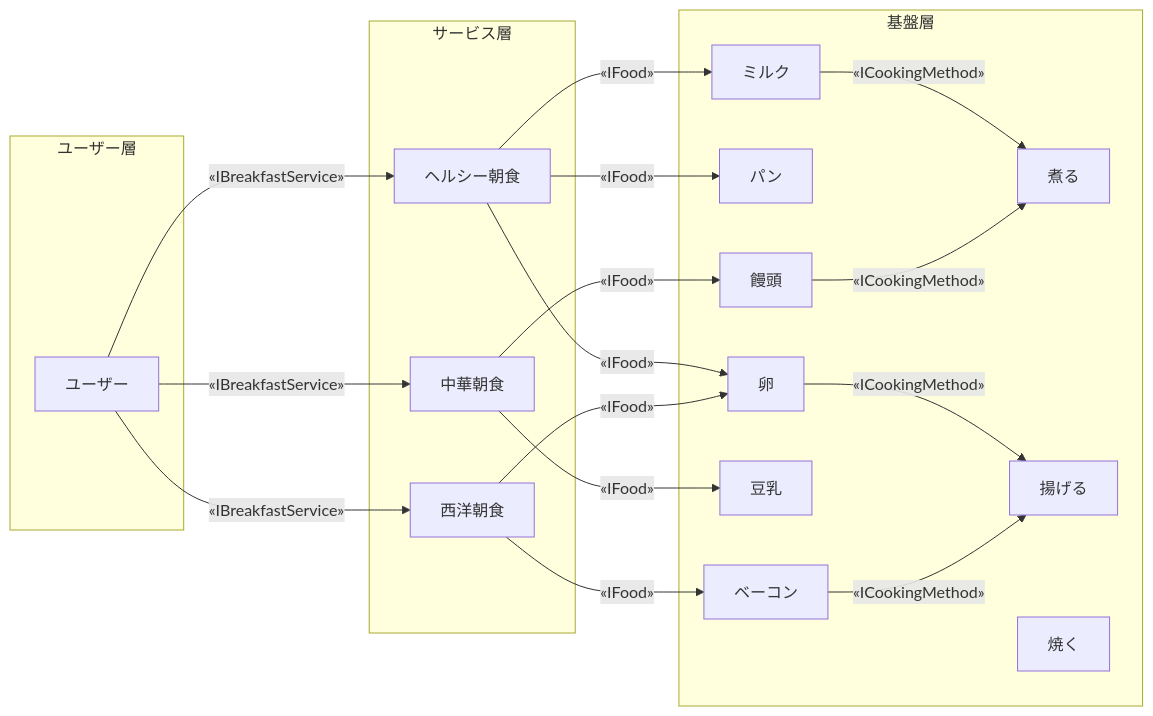
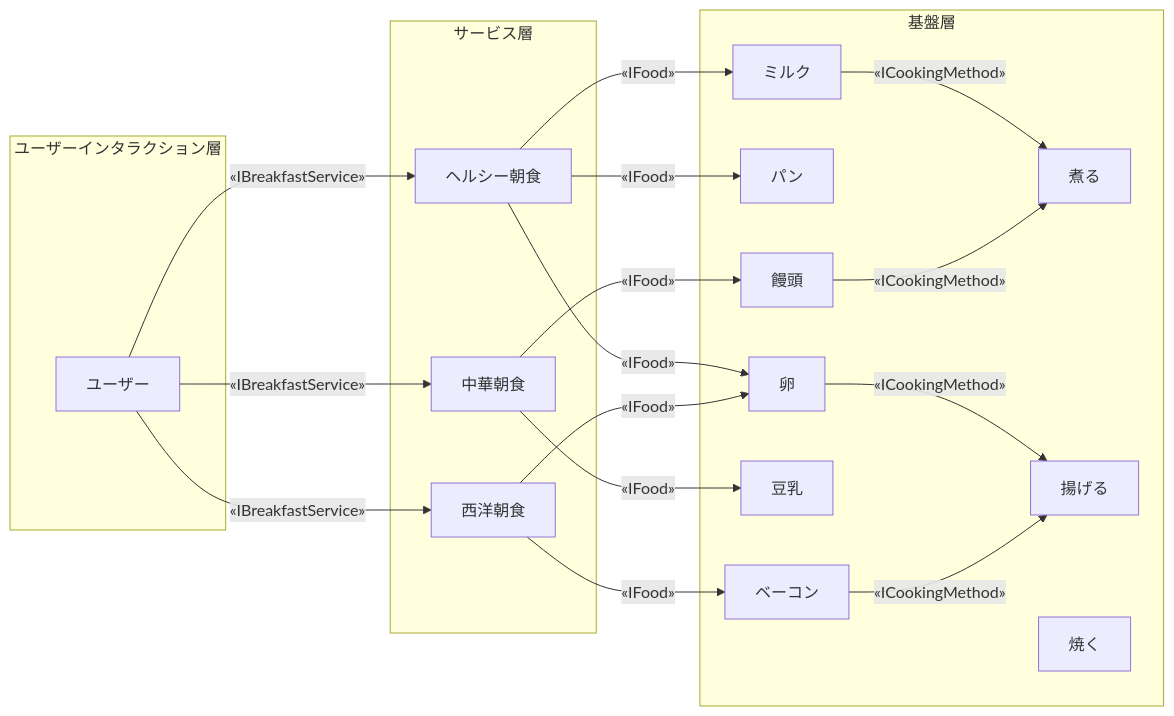
Before and after one commit to yingfeidai/design-insights: the third of 6 diagrams in scalable-modular-architecture/README.md, drawn with Mermaid.

Commit message:
fix: 🐛 modify wording

````diff
--- a/scalable-modular-architecture/README.md
+++ b/scalable-modular-architecture/README.md
@@ -124,48 +124,48 @@
 ```mermaid
 flowchart LR
     %% 基盤層 - 基盤モジュール
     subgraph CoreLayer[基盤層]
         Milk[ミルク]
         Bread[パン]
         Egg[卵]
         Bun[饅頭]
         SoyMilk[豆乳]
         Bacon[ベーコン]
 
         Boil[煮る]
         Fry[揚げる]
         Bake[焼く]
     end
 
     %% サービス層 - 朝食サービスと組み合わせ
     subgraph ServiceLayer[サービス層]
         HealthService[ヘルシー朝食]
         ChineseService[中華朝食]
         WesternService[西洋朝食]
     end
 
     %% ユーザーインタラクション層 - ユーザーの選択
-    subgraph UserLayer[ユーザー層]
+    subgraph UserLayer[ユーザーインタラクション層]
         User[ユーザー]
     end
 
     %% インターフェースの依存関係
     User --> |«IBreakfastService»| HealthService
     User --> |«IBreakfastService»| ChineseService
     User --> |«IBreakfastService»| WesternService
 
     HealthService --> |«IFood»| Milk
     HealthService --> |«IFood»| Bread
     HealthService --> |«IFood»| Egg
 
     ChineseService --> |«IFood»| Bun
     ChineseService --> |«IFood»| SoyMilk
 
     WesternService --> |«IFood»| Bacon
     WesternService --> |«IFood»| Egg
 
     Milk --> |«ICookingMethod»| Boil
     Egg --> |«ICookingMethod»| Fry
     Bun --> |«ICookingMethod»| Boil
     Bacon --> |«ICookingMethod»| Fry
 ```
````
